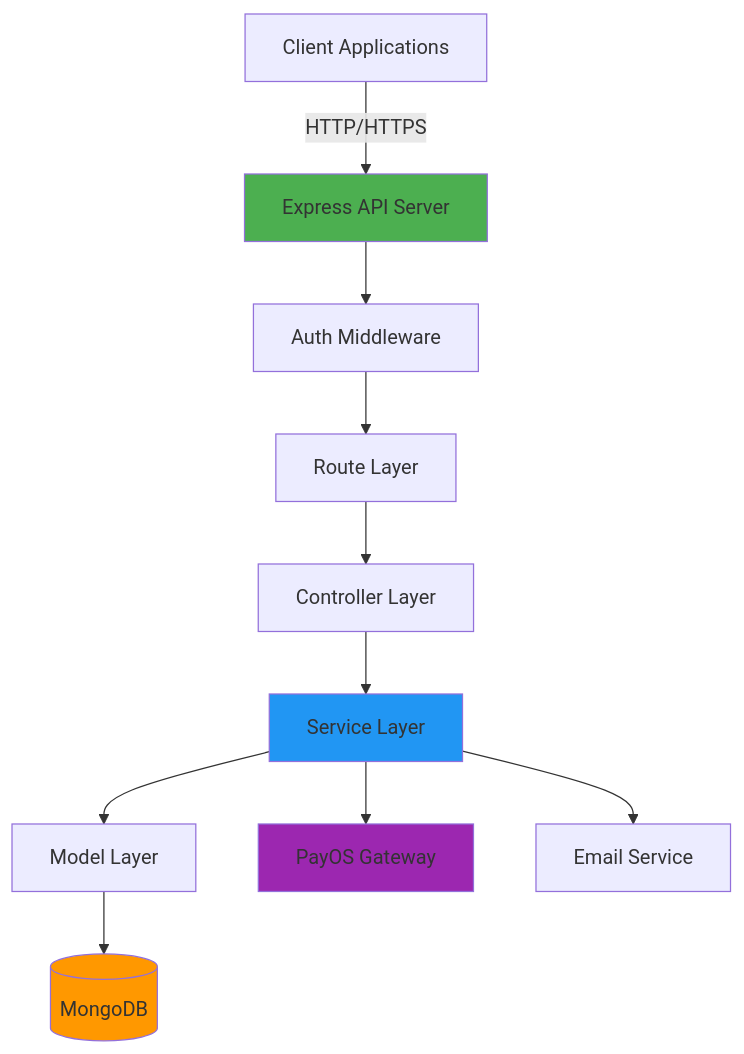
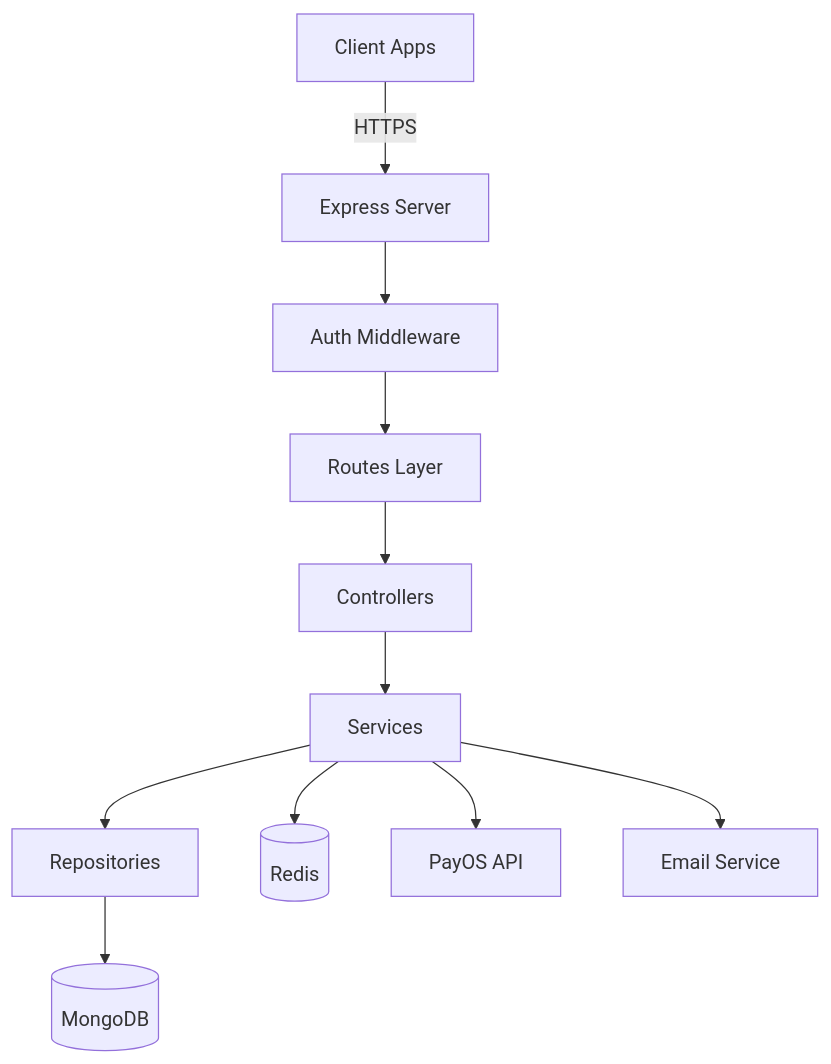
The diagram in README.md (devnguyen0111/Digital-Ecommerce-BE), drawn with Mermaid before and after one commit. The commit also changed other lines of this file and 19 other files, not shown here.

````diff
--- a/README.md
+++ b/README.md
@@ -107,28 +150,25 @@
 ```mermaid
 graph TB
-    Client[Client Applications]
-    API[Express API Server]
+    Client[Client Apps]
+    API[Express Server]
     Auth[Auth Middleware]
-    Routes[Route Layer]
-    Controllers[Controller Layer]
-    Services[Service Layer]
-    Models[Model Layer]
+    Routes[Routes Layer]
+    Controllers[Controllers]
+    Services[Services]
+    Repos[Repositories]
     DB[(MongoDB)]
-    PayOS[PayOS Gateway]
+    Redis[(Redis)]
+    PayOS[PayOS API]
     Email[Email Service]
 
-    Client -->|HTTP/HTTPS| API
+    Client -->|HTTPS| API
     API --> Auth
     Auth --> Routes
     Routes --> Controllers
     Controllers --> Services
-    Services --> Models
-    Models --> DB
+    Services --> Repos
+    Repos --> DB
+    Services --> Redis
     Services --> PayOS
     Services --> Email
-
-    style API fill:#4CAF50
-    style Services fill:#2196F3
-    style DB fill:#FF9800
-    style PayOS fill:#9C27B0
 ```
````
